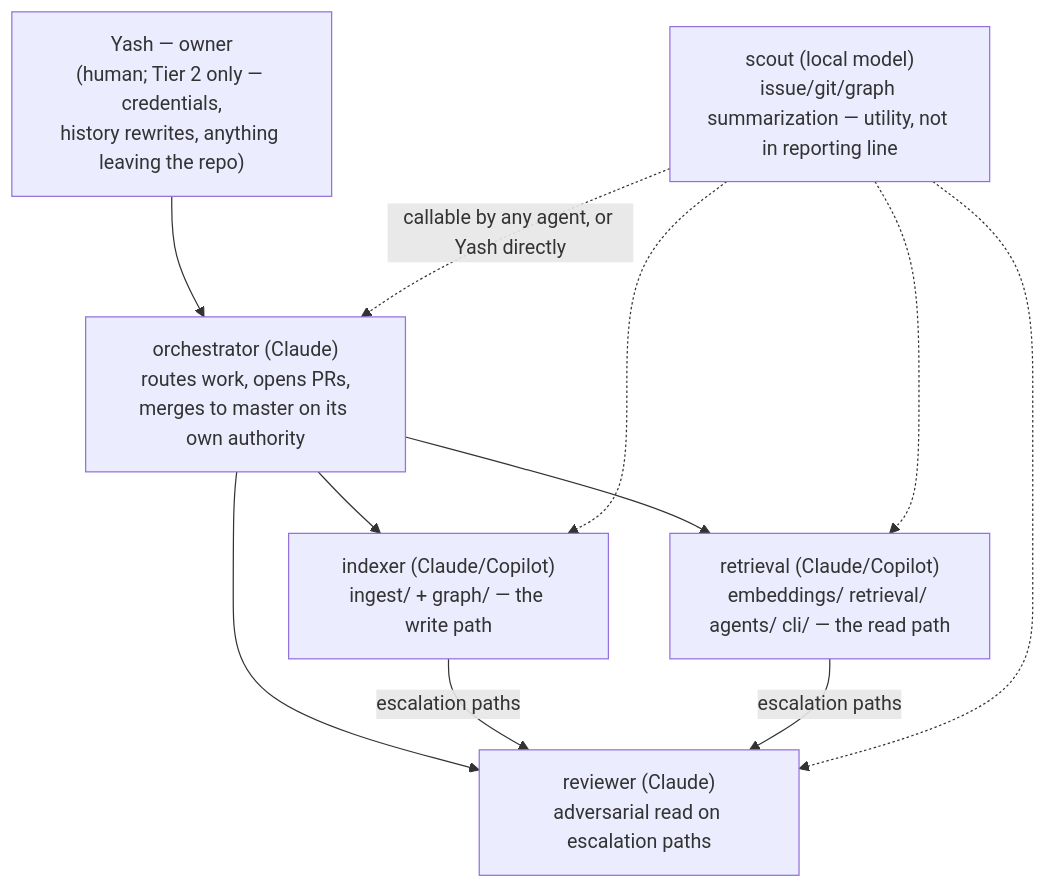
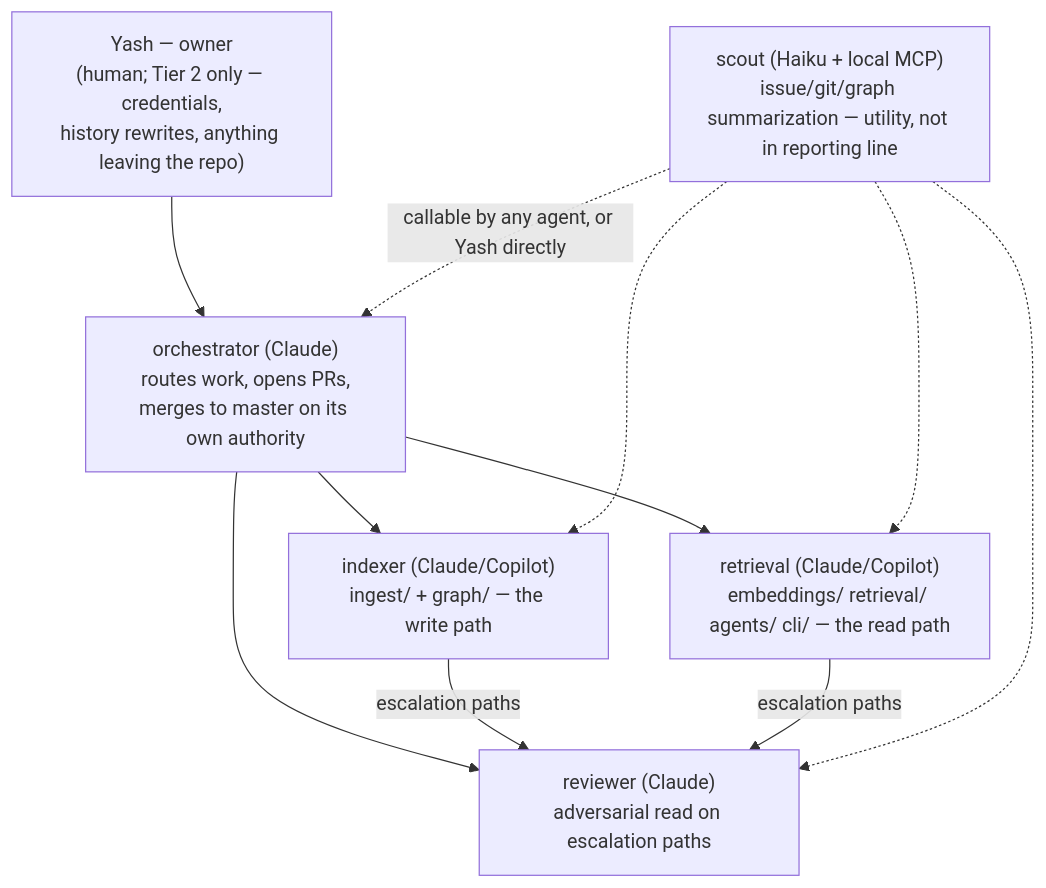
One commit to yashmhatre/repo-intelligence changed the diagram in docs/agent_org_chart.md. Above: the diagram before and after it, drawn with Mermaid. The commit also changed other lines of this file and 9 other files, not shown here.

````diff
--- a/docs/agent_org_chart.md
+++ b/docs/agent_org_chart.md
@@ -3,20 +3,20 @@
 ```mermaid
 graph TD
     Yash["Yash — owner<br/>(human; Tier 2 only — credentials,<br/>history rewrites, anything leaving the repo)"]
     O["orchestrator (Claude)<br/>routes work, opens PRs,<br/>merges to master on its own authority"]
     I["indexer (Claude/Copilot)<br/>ingest/ + graph/ — the write path"]
     R["retrieval (Claude/Copilot)<br/>embeddings/ retrieval/ agents/ cli/ — the read path"]
     V["reviewer (Claude)<br/>adversarial read on escalation paths"]
-    S["scout (local model)<br/>issue/git/graph summarization — utility, not in reporting line"]
+    S["scout (Haiku + local MCP)<br/>issue/git/graph summarization — utility, not in reporting line"]
 
     Yash --> O
     O --> I
     O --> R
     O --> V
     I -->|escalation paths| V
     R -->|escalation paths| V
     S -.->|callable by any agent, or Yash directly| O
     S -.-> I
     S -.-> R
     S -.-> V
 ```
````
